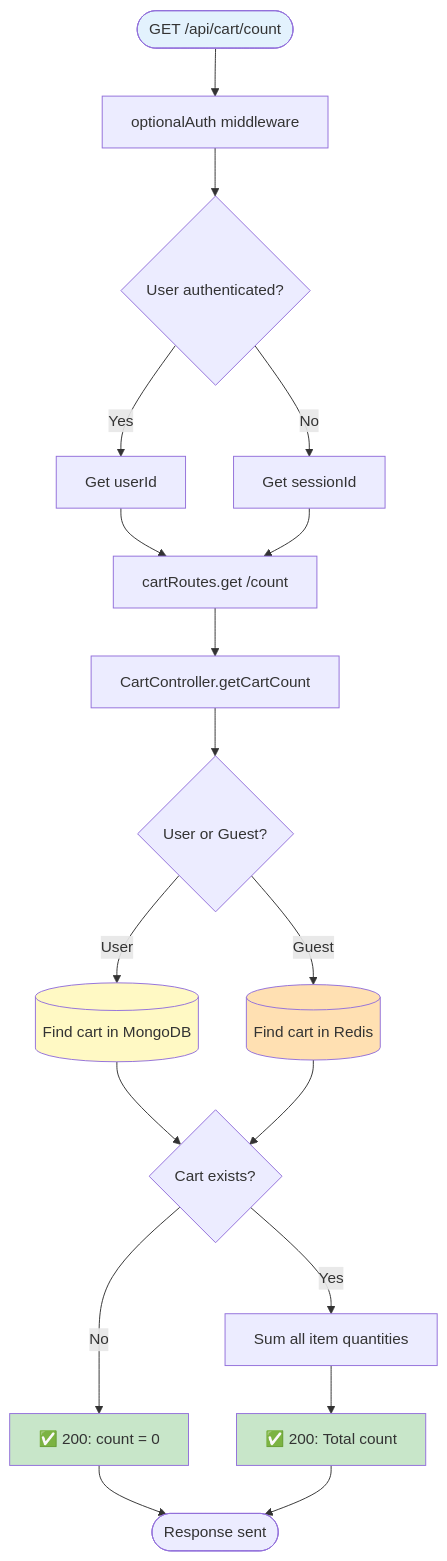
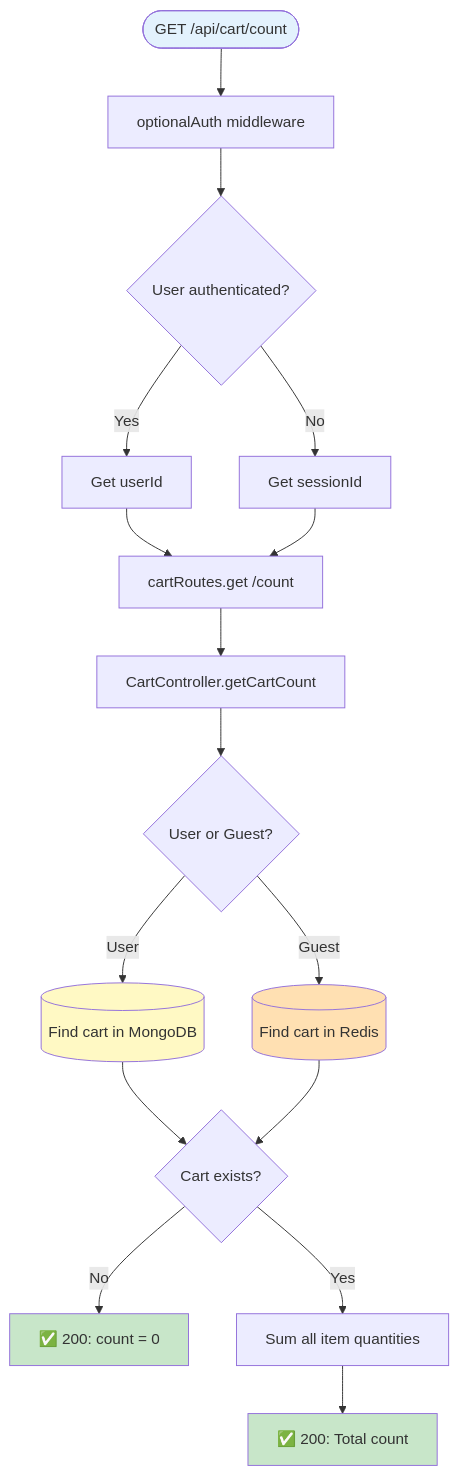
Diagram 15 of 26 in docs/SERVER_ENDPOINTS_MAP.md (shmuelkapiloff/simple-), drawn with Mermaid before and after one commit. The commit also changed other lines of this file, not shown here.

Commit message:
fix: Remove End nodes from flowcharts to fix GitHub Mermaid rendering

````diff
--- a/docs/SERVER_ENDPOINTS_MAP.md
+++ b/docs/SERVER_ENDPOINTS_MAP.md
@@ -879,34 +827,32 @@
 ```mermaid
 flowchart TD
     Request([GET /api/cart/count]) --> OptionalAuth[optionalAuth middleware]
     OptionalAuth --> CheckAuth{User authenticated?}
     
     CheckAuth -->|Yes| GetUserId[Get userId]
     CheckAuth -->|No| GetSessionId[Get sessionId]
     
     GetUserId --> RouteHandler[cartRoutes.get /count]
     GetSessionId --> RouteHandler
     
     RouteHandler --> Controller[CartController.getCartCount]
     Controller --> ServiceCall{User or Guest?}
     
     ServiceCall -->|User| FindUserCart[(Find cart in MongoDB)]
     ServiceCall -->|Guest| FindGuestCartRedis[(Find cart in Redis)]
     
     FindUserCart --> CartExists{Cart exists?}
     FindGuestCartRedis --> CartExists
     
     CartExists -->|No| ReturnZero["✅ 200: count = 0"]
     CartExists -->|Yes| CountItems[Sum all item quantities]
     
     CountItems --> Return200["✅ 200: Total count"]
     
-    ReturnZero --> End([Response sent])
-    Return200 --> End
     
     style Request fill:#e3f2fd
     style Return200 fill:#c8e6c9
     style ReturnZero fill:#c8e6c9
     style FindUserCart fill:#fff9c4
     style FindGuestCartRedis fill:#ffe0b2
 ```
````
